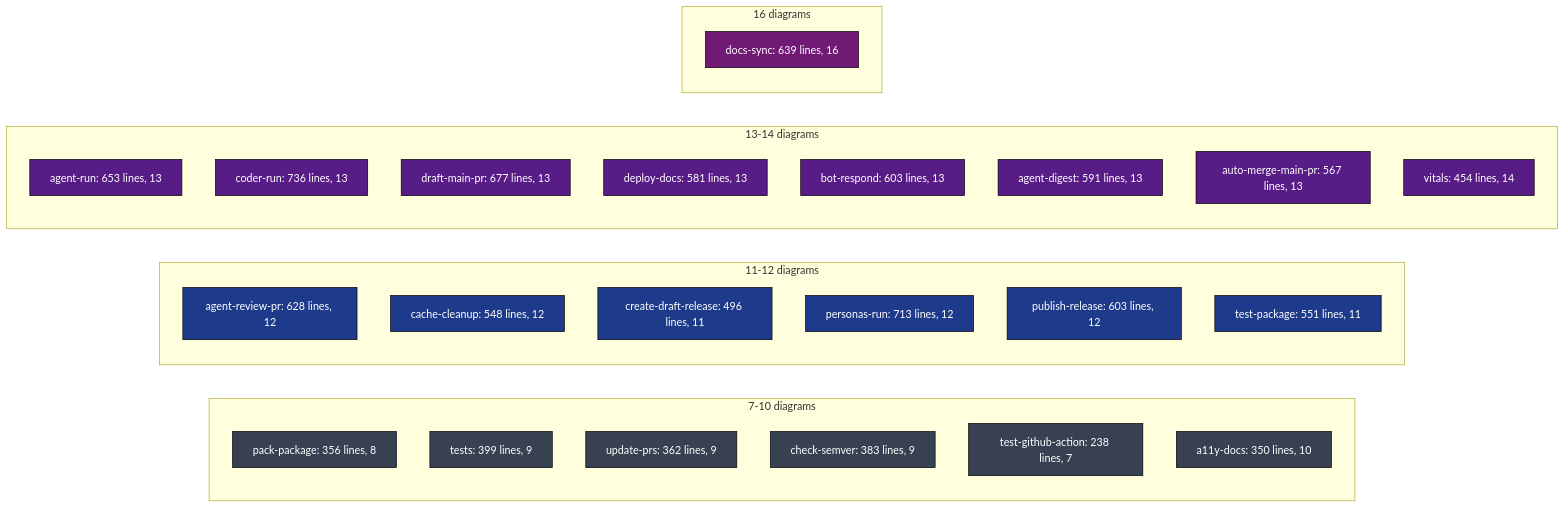
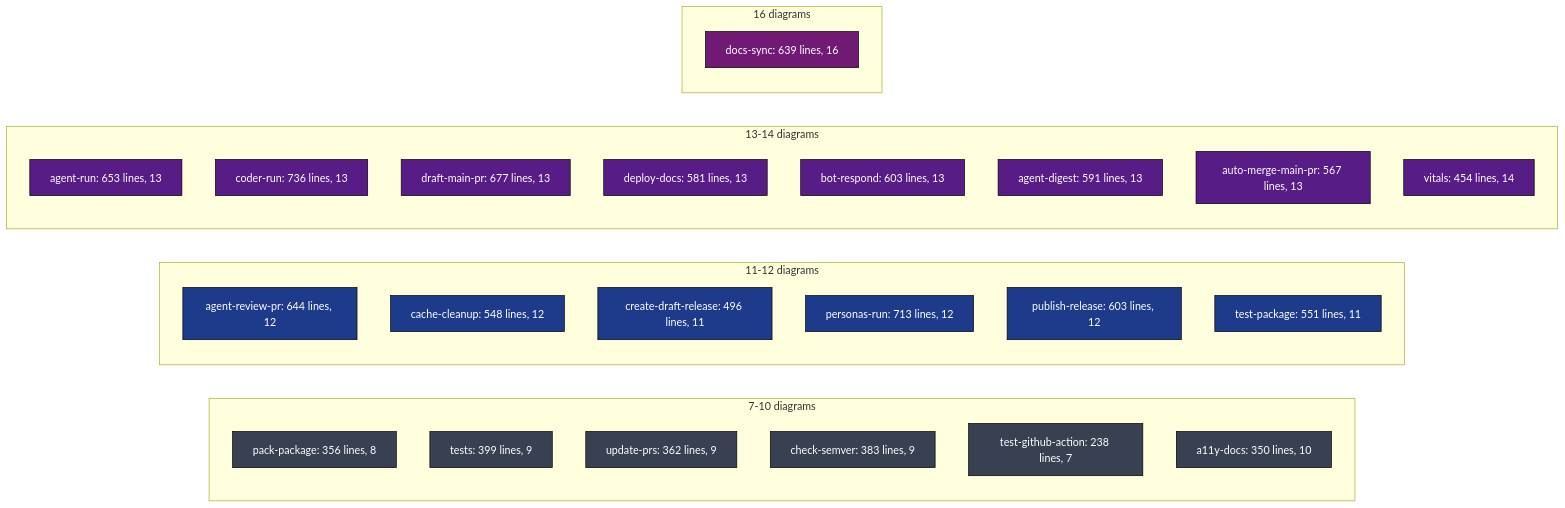
The second of 2 diagrams in .github/docs/WORKFLOWS_INDEX.md (llm-exe/llm-exe), drawn with Mermaid before and after one commit. The commit also changed other lines of this file and 3 other files, not shown here.

First line of the commit message:
docs: sync review deep dive after agent-review-pr.yml fork guard

````diff
--- a/.github/docs/WORKFLOWS_INDEX.md
+++ b/.github/docs/WORKFLOWS_INDEX.md
@@ -114,40 +114,40 @@
 ```mermaid
 flowchart LR
     classDef sm fill:#374151,color:#fff,stroke:#000
     classDef md fill:#1e3a8a,color:#fff,stroke:#000
     classDef lg fill:#581c87,color:#fff,stroke:#000
     classDef xl fill:#701a75,color:#fff,stroke:#000
 
     subgraph Small["7-10 diagrams"]
         S1["pack-package: 356 lines, 8"]:::sm
         S2["tests: 399 lines, 9"]:::sm
         S3["update-prs: 362 lines, 9"]:::sm
         S4["check-semver: 383 lines, 9"]:::sm
         S5["test-github-action: 238 lines, 7"]:::sm
         S6["a11y-docs: 350 lines, 10"]:::sm
     end
 
     subgraph Medium["11-12 diagrams"]
-        M1["agent-review-pr: 628 lines, 12"]:::md
+        M1["agent-review-pr: 644 lines, 12"]:::md
         M2["cache-cleanup: 548 lines, 12"]:::md
         M3["create-draft-release: 496 lines, 11"]:::md
         M4["personas-run: 713 lines, 12"]:::md
         M5["publish-release: 603 lines, 12"]:::md
         M6["test-package: 551 lines, 11"]:::md
     end
 
     subgraph Large["13-14 diagrams"]
         L1["agent-run: 653 lines, 13"]:::lg
         L2["coder-run: 736 lines, 13"]:::lg
         L3["draft-main-pr: 677 lines, 13"]:::lg
         L4["deploy-docs: 581 lines, 13"]:::lg
         L5["bot-respond: 603 lines, 13"]:::lg
         L6["agent-digest: 591 lines, 13"]:::lg
         L7["auto-merge-main-pr: 567 lines, 13"]:::lg
         L8["vitals: 454 lines, 14"]:::lg
     end
 
     subgraph XL["16 diagrams"]
         X1["docs-sync: 639 lines, 16"]:::xl
     end
 ```
````
